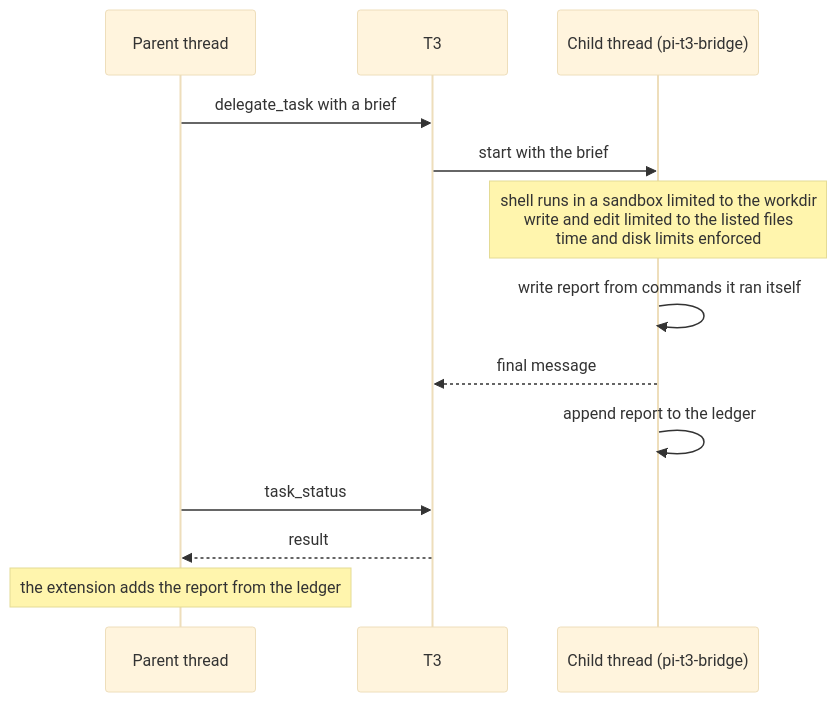
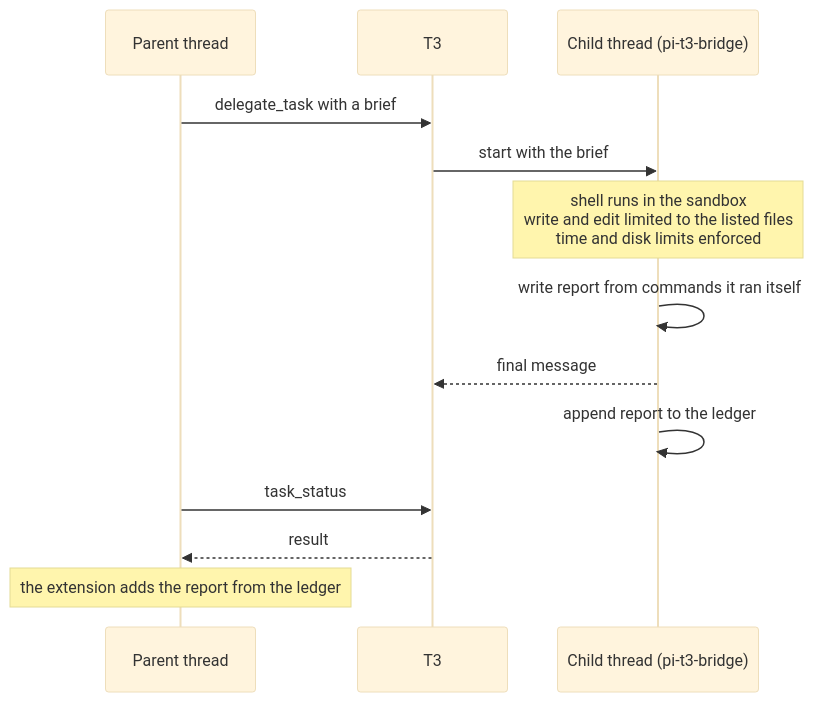
One commit to DeathSurfing/pi-t3-bridge changed the fourth of 4 diagrams in README.md. Above: the diagram before and after it, drawn with Mermaid (base theme). The commit also changed other lines of this file and 3 other files, not shown here.

````diff
--- a/README.md
+++ b/README.md
@@ -239,15 +234,15 @@
 ```mermaid
 sequenceDiagram
     participant Parent as Parent thread
     participant T3
     participant Child as Child thread (pi-t3-bridge)
     Parent->>T3: delegate_task with a brief
     T3->>Child: start with the brief
-    Note over Child: shell runs in a sandbox limited to the workdir<br/>write and edit limited to the listed files<br/>time and disk limits enforced
+    Note over Child: shell runs in the sandbox<br/>write and edit limited to the listed files<br/>time and disk limits enforced
     Child->>Child: write report from commands it ran itself
     Child-->>T3: final message
     Child->>Child: append report to the ledger
     Parent->>T3: task_status
     T3-->>Parent: result
     Note over Parent: the extension adds the report from the ledger
 ```
````
